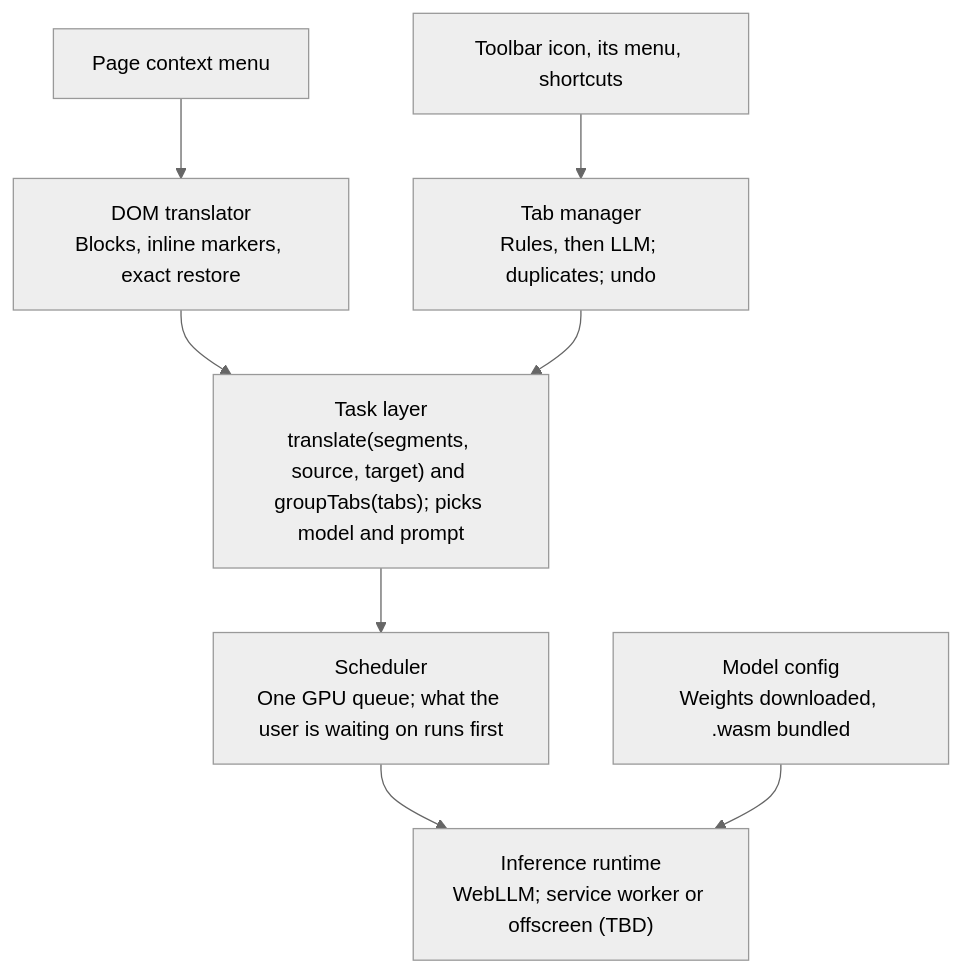
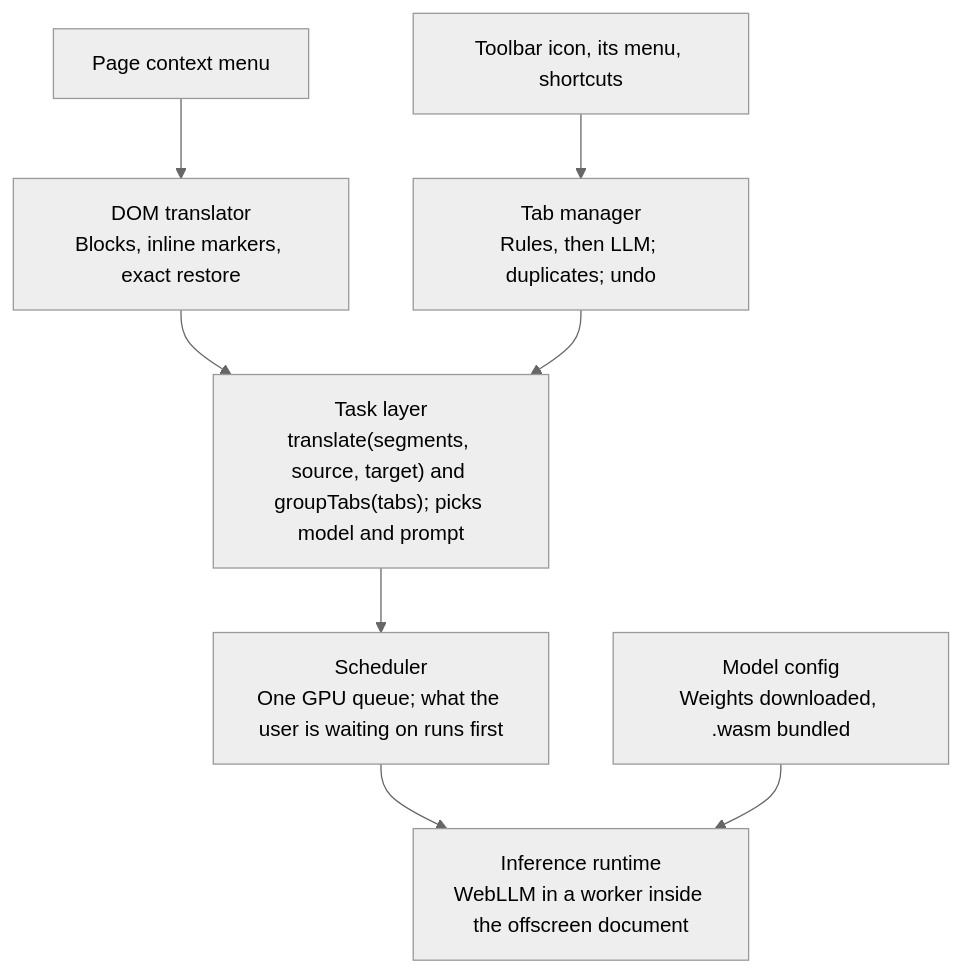
One commit to justinchapdelaine/nook changed the diagram in docs/architecture.md. Above: the diagram before and after it, drawn with Mermaid (neutral theme). The commit also changed other lines of this file and 53 other files, not shown here.

````diff
--- a/docs/architecture.md
+++ b/docs/architecture.md
@@ -9,10 +9,10 @@
 ```mermaid
 flowchart TD
     menu["Page context menu"] --> dom["DOM translator<br/>Blocks, inline markers, exact restore"]
     toolbar["Toolbar icon, its menu, shortcuts"] --> tabs["Tab manager<br/>Rules, then LLM; duplicates; undo"]
     dom --> task["Task layer<br/>translate(segments, source, target) and groupTabs(tabs); picks model and prompt"]
     tabs --> task
     task --> sched["Scheduler<br/>One GPU queue; what the user is waiting on runs first"]
-    sched --> runtime["Inference runtime<br/>WebLLM; service worker or offscreen (TBD)"]
+    sched --> runtime["Inference runtime<br/>WebLLM in a worker inside the offscreen document"]
     config["Model config<br/>Weights downloaded, .wasm bundled"] --> runtime
 ```
````
